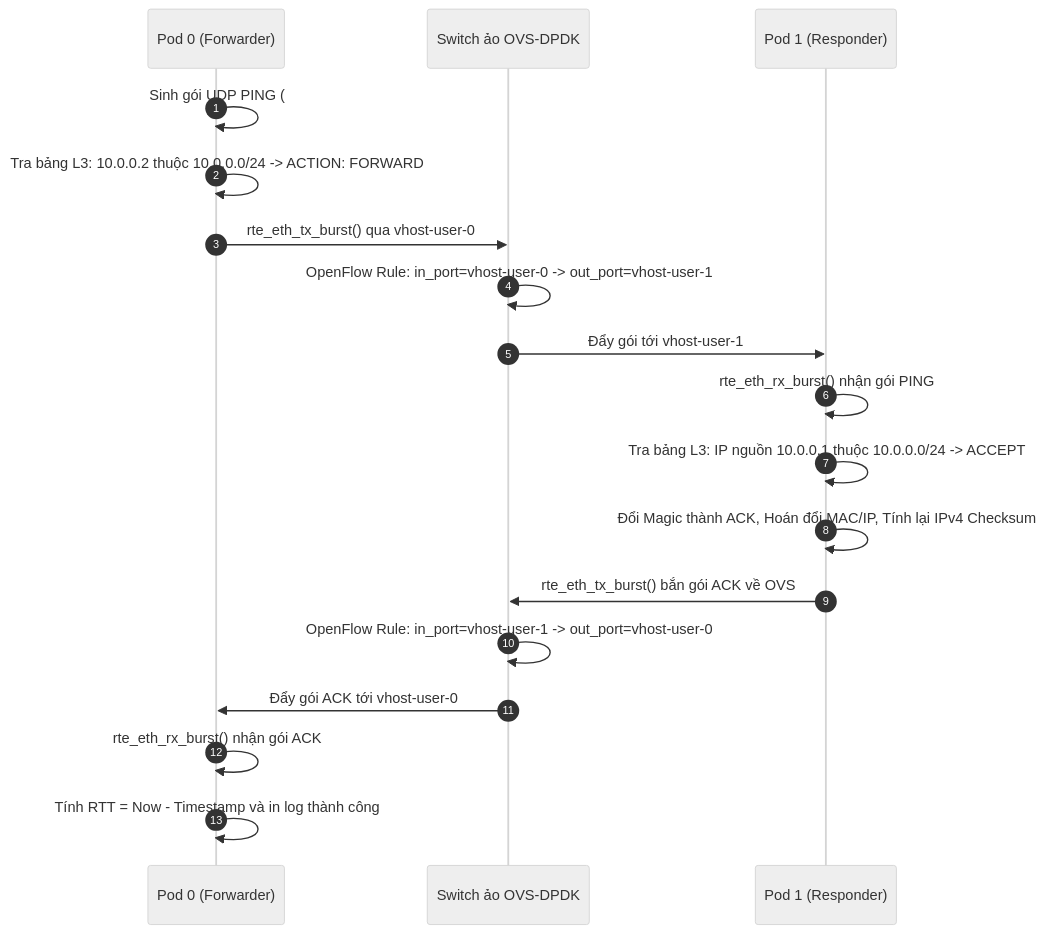
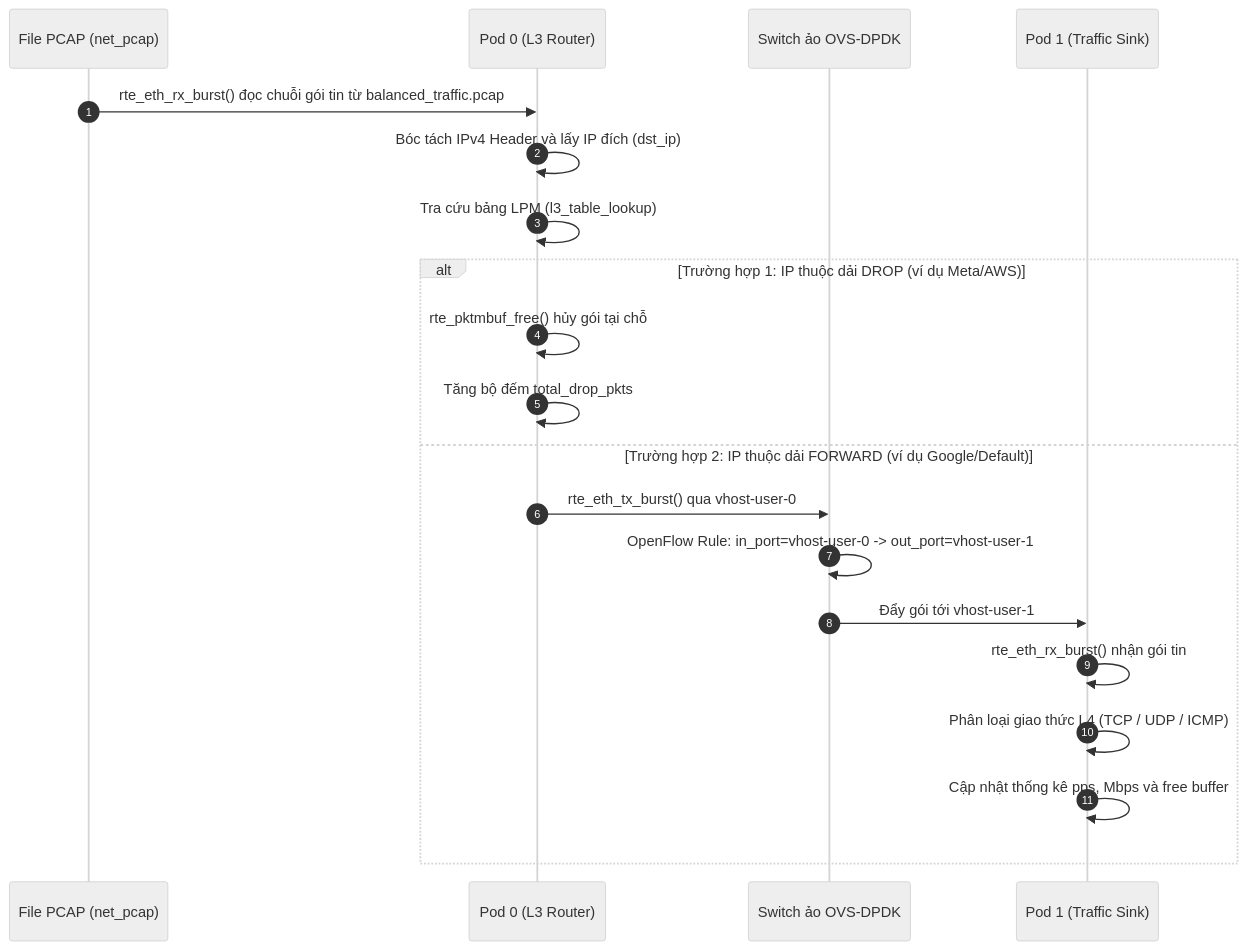
The diagram in README.md (ducanh2006/K8s-DPDK-L3-Bridge), drawn with Mermaid (neutral theme) before and after one commit. The commit also changed other lines of this file and 2 other files, not shown here.

Commit message:
feat: run OVS-DPDK inside Kubernetes pod with host-mount and update docs

````diff
--- a/README.md
+++ b/README.md
@@ -96,21 +100,24 @@
 ```mermaid
 sequenceDiagram
     autonumber
-    participant P0 as Pod 0 (Forwarder)
+    participant PCAP as File PCAP (net_pcap)
+    participant P0 as Pod 0 (L3 Router)
     participant OVS as Switch ảo OVS-DPDK
-    participant P1 as Pod 1 (Responder)
+    participant P1 as Pod 1 (Traffic Sink)
 
-    P0->>P0: Sinh gói UDP PING (#seq, Time, IP: 10.0.0.1 -> 10.0.0.2)
-    P0->>P0: Tra bảng L3: 10.0.0.2 thuộc 10.0.0.0/24 -> ACTION: FORWARD
-    P0->>OVS: rte_eth_tx_burst() qua vhost-user-0
-    OVS->>OVS: OpenFlow Rule: in_port=vhost-user-0 -> out_port=vhost-user-1
-    OVS->>P1: Đẩy gói tới vhost-user-1
-    P1->>P1: rte_eth_rx_burst() nhận gói PING
-    P1->>P1: Tra bảng L3: IP nguồn 10.0.0.1 thuộc 10.0.0.0/24 -> ACCEPT
-    P1->>P1: Đổi Magic thành ACK, Hoán đổi MAC/IP, Tính lại IPv4 Checksum
-    P1->>OVS: rte_eth_tx_burst() bắn gói ACK về OVS
-    OVS->>OVS: OpenFlow Rule: in_port=vhost-user-1 -> out_port=vhost-user-0
-    OVS->>P0: Đẩy gói ACK tới vhost-user-0
-    P0->>P0: rte_eth_rx_burst() nhận gói ACK
-    P0->>P0: Tính RTT = Now - Timestamp và in log thành công
+    PCAP->>P0: rte_eth_rx_burst() đọc chuỗi gói tin từ balanced_traffic.pcap
+    P0->>P0: Bóc tách IPv4 Header và lấy IP đích (dst_ip)
+    P0->>P0: Tra cứu bảng LPM (l3_table_lookup)
+    
+    alt Trường hợp 1: IP thuộc dải DROP (ví dụ Meta/AWS)
+        P0->>P0: rte_pktmbuf_free() hủy gói tại chỗ
+        P0->>P0: Tăng bộ đếm total_drop_pkts
+    else Trường hợp 2: IP thuộc dải FORWARD (ví dụ Google/Default)
+        P0->>OVS: rte_eth_tx_burst() qua vhost-user-0
+        OVS->>OVS: OpenFlow Rule: in_port=vhost-user-0 -> out_port=vhost-user-1
+        OVS->>P1: Đẩy gói tới vhost-user-1
+        P1->>P1: rte_eth_rx_burst() nhận gói tin
+        P1->>P1: Phân loại giao thức L4 (TCP / UDP / ICMP)
+        P1->>P1: Cập nhật thống kê pps, Mbps và free buffer
+    end
 ```
````
